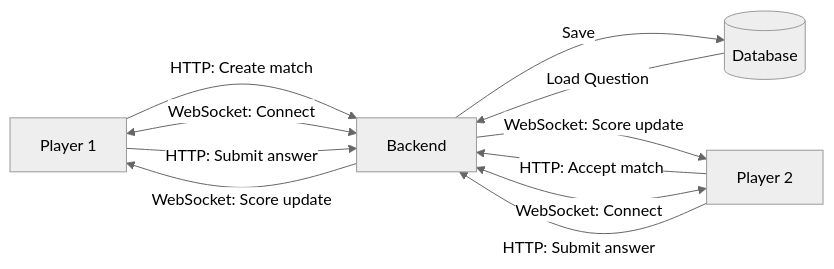
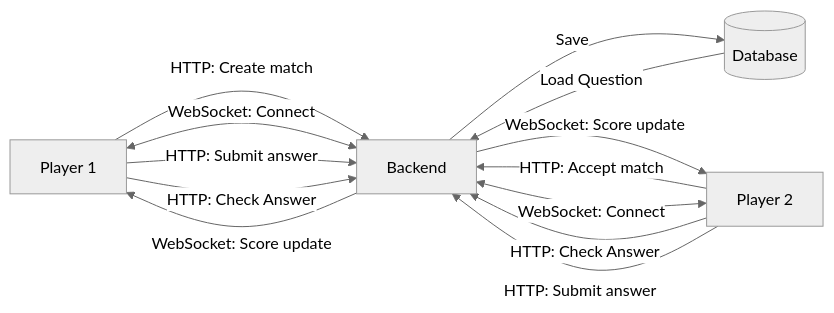
The fourth of 5 diagrams in docs/DESIGN.md (PSI-RDB-2026/QuizApp), drawn with Mermaid (neutral theme) before and after one commit. The commit also changed other lines of this file, not shown here.

Commit message:
Multiplayer and hhtp not between DB and backend

````diff
--- a/docs/DESIGN.md
+++ b/docs/DESIGN.md
@@ -134,22 +134,24 @@
 ```mermaid
 flowchart LR
     P1[Player 1]
     P2[Player 2]
     Backend[Backend]
     DB[(Database)]
 
     P1 -->|HTTP: Create match| Backend
 
     P2 -->|HTTP: Accept match| Backend
 
     P1 <-->|WebSocket: Connect| Backend
     P2 <-->|WebSocket: Connect| Backend
 
     P1 -->|HTTP: Submit answer| Backend
     Backend -->|Save| DB
     Backend -->|WebSocket: Score update| P2
+    P1 -->|HTTP: Check Answer| Backend
+    P2 -->|HTTP: Check Answer| Backend
 
     P2 -->|HTTP: Submit answer| Backend
     DB -->|Load Question| Backend
     Backend -->|WebSocket: Score update| P1
 ```
````
